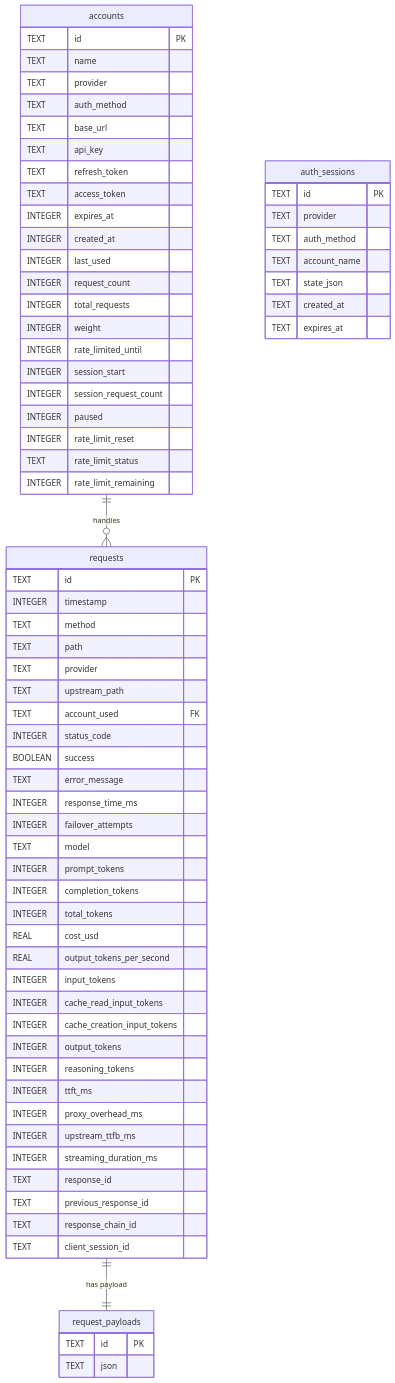
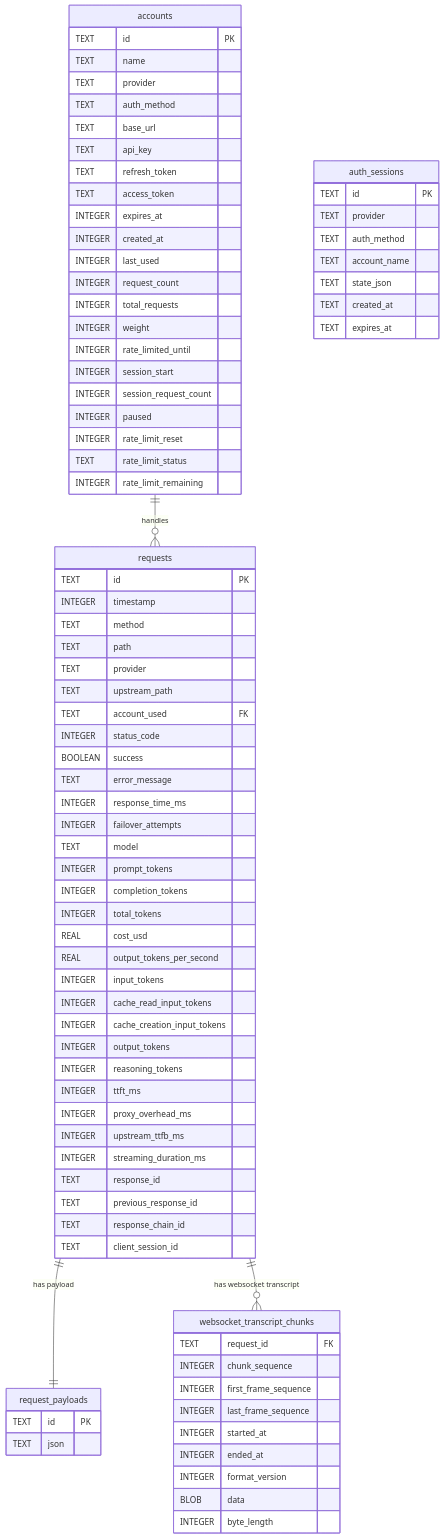
The first of 2 diagrams in docs/database.md (ipo/ccflare), drawn with Mermaid before and after one commit. The commit also changed other lines of this file and 46 other files, not shown here.

````diff
--- a/docs/database.md
+++ b/docs/database.md
@@ -96,5 +96,18 @@
     }
 
     accounts ||--o{ requests : "handles"
+    websocket_transcript_chunks {
+        TEXT request_id FK
+        INTEGER chunk_sequence
+        INTEGER first_frame_sequence
+        INTEGER last_frame_sequence
+        INTEGER started_at
+        INTEGER ended_at
+        INTEGER format_version
+        BLOB data
+        INTEGER byte_length
+    }
+
     requests ||--|| request_payloads : "has payload"
+    requests ||--o{ websocket_transcript_chunks : "has websocket transcript"
 ```
````
